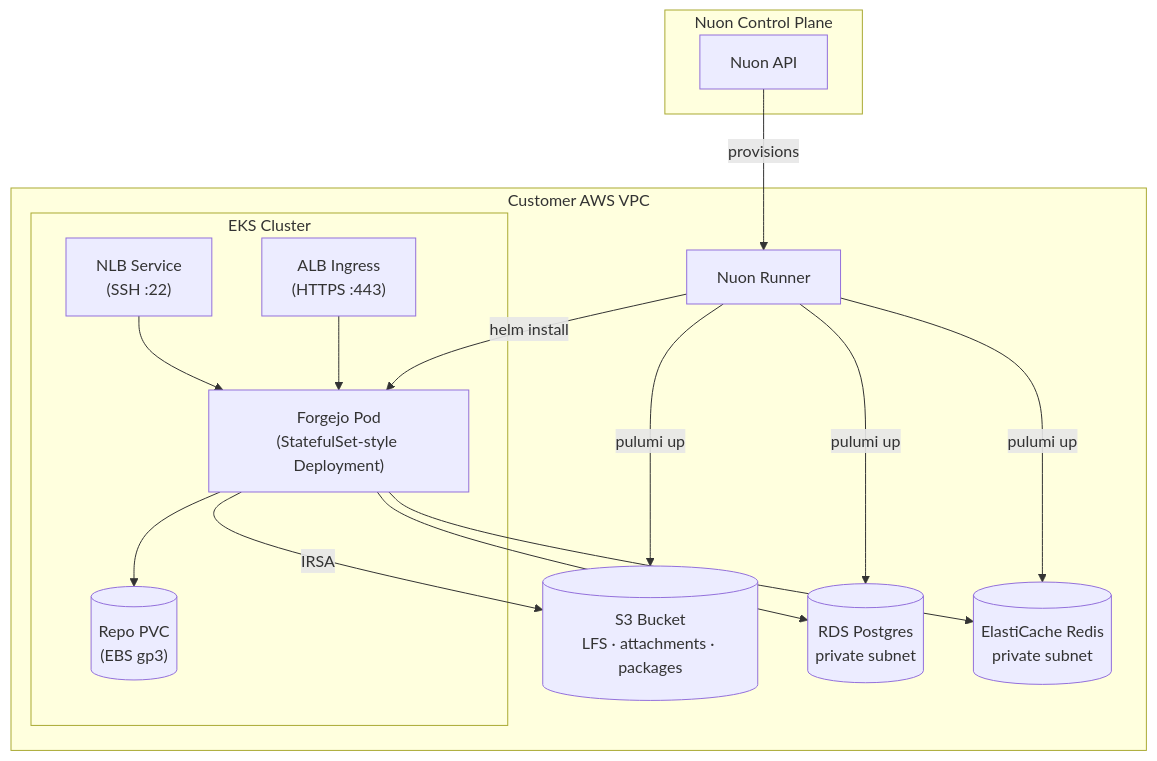
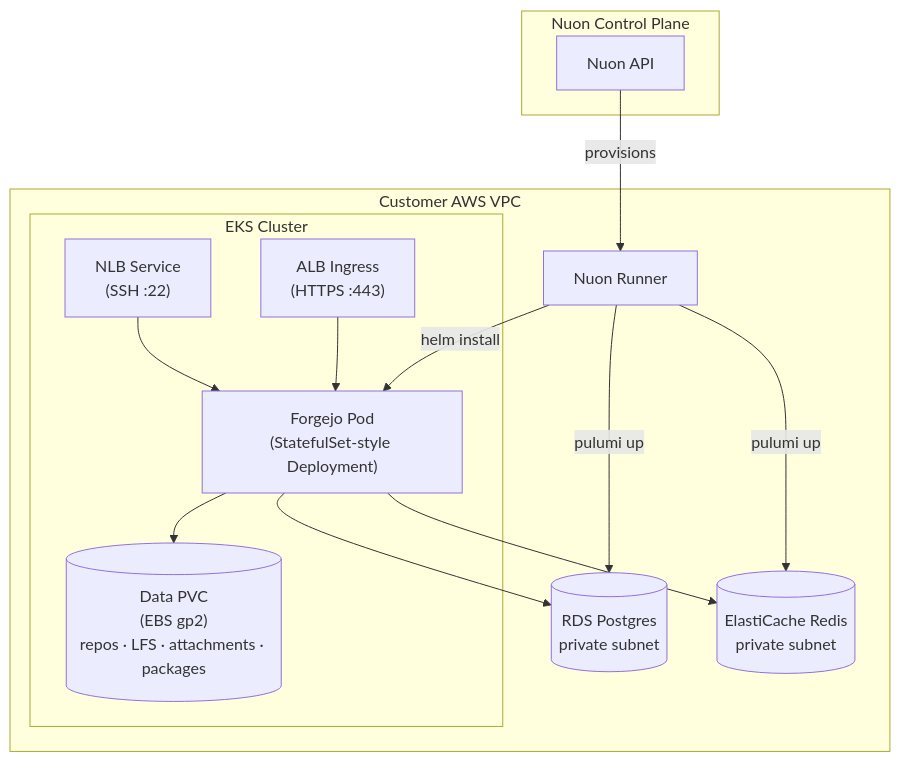
The diagram in forgejo-aws/README.md (nuonco/example-app-configs), drawn with Mermaid before and after one commit. The commit also changed other lines of this file and 74 other files, not shown here.

````diff
--- a/forgejo-aws/README.md
+++ b/forgejo-aws/README.md
@@ -24,31 +23,28 @@
 ```mermaid
 graph TD
     subgraph Nuon["Nuon Control Plane"]
         NuonAPI["Nuon API"]
     end
 
     subgraph VPC["Customer AWS VPC"]
         Runner["Nuon Runner"]
         subgraph EKS["EKS Cluster"]
             Forgejo["Forgejo Pod<br/>(StatefulSet-style Deployment)"]
-            PVC[("Repo PVC<br/>(EBS gp3)")]
+            PVC[("Data PVC<br/>(EBS gp2)<br/>repos · LFS · attachments · packages")]
             ALB["ALB Ingress<br/>(HTTPS :443)"]
             NLB["NLB Service<br/>(SSH :22)"]
         end
-        S3[("S3 Bucket<br/>LFS · attachments · packages")]
         RDS[("RDS Postgres<br/>private subnet")]
         Redis[("ElastiCache Redis<br/>private subnet")]
     end
 
     NuonAPI -->|provisions| Runner
-    Runner -->|pulumi up| S3
     Runner -->|pulumi up| RDS
     Runner -->|pulumi up| Redis
     Runner -->|helm install| Forgejo
-    Forgejo -->|IRSA| S3
     Forgejo --> RDS
     Forgejo --> Redis
     Forgejo --> PVC
     ALB --> Forgejo
     NLB --> Forgejo
 ```
````
